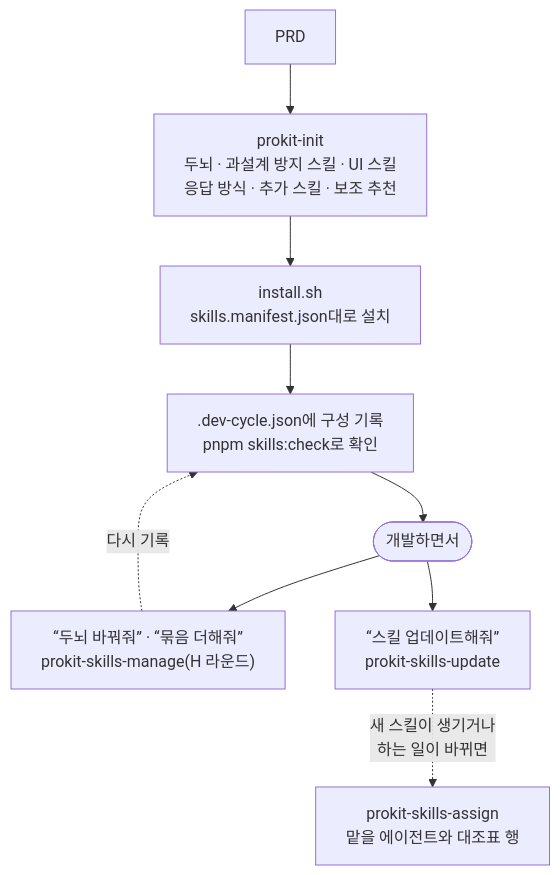
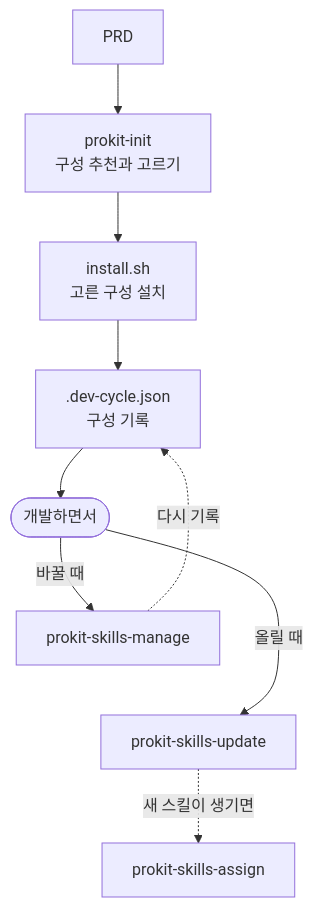
The fourth of 4 diagrams in handbook/skills/skill-map.md (roadkwon-ai/pro-kit-ui), drawn with Mermaid before and after one commit. The commit also changed other lines of this file and 41 other files, not shown here.

````diff
--- a/handbook/skills/skill-map.md
+++ b/handbook/skills/skill-map.md
@@ -67,16 +108,19 @@
 ```mermaid
 ---
 config:
   flowchart:
-    wrappingWidth: 240
+    wrappingWidth: 200
 ---
 flowchart TB
-  PRD["PRD"] --> INIT["prokit-init<br/>두뇌 · 과설계 방지 스킬 · UI 스킬<br/>응답 방식 · 추가 스킬 · 보조 추천"]
-  INIT --> INS["install.sh<br/>skills.manifest.json대로 설치"]
-  INS --> CFG[".dev-cycle.json에 구성 기록<br/>pnpm skills:check로 확인"]
+  accTitle: 구성을 고르고 바꾸는 흐름
+  accDescr: PRD를 prokit-init이 읽어 구성을 추천하고, install.sh가 설치하고, .dev-cycle.json에 기록해요. 개발하면서 prokit-skills-manage로 바꾸면 다시 기록하고, prokit-skills-update로 올리다 새 스킬이 생기면 prokit-skills-assign이 맡을 에이전트를 정해요.
+  PRD["PRD"] --> INIT["prokit-init<br/>구성 추천과 고르기"]
+  INIT --> INS["install.sh<br/>고른 구성 설치"]
+  INS --> CFG[".dev-cycle.json<br/>구성 기록"]
   CFG --> DEV(["개발하면서"])
-  DEV --> CH["“두뇌 바꿔줘” · “묶음 더해줘”<br/>prokit-skills-manage(H 라운드)"]
-  DEV --> UP["“스킬 업데이트해줘”<br/>prokit-skills-update"]
+  DEV -->|"바꿀 때"| CH["prokit-skills-manage"]
+  CH ~~~ UP
+  DEV -->|"올릴 때"| UP["prokit-skills-update"]
   CH -.->|"다시 기록"| CFG
-  UP -.->|"새 스킬이 생기거나<br/>하는 일이 바뀌면"| AS["prokit-skills-assign<br/>맡을 에이전트와 대조표 행"]
+  UP -.->|"새 스킬이 생기면"| AS["prokit-skills-assign"]
 ```
````
